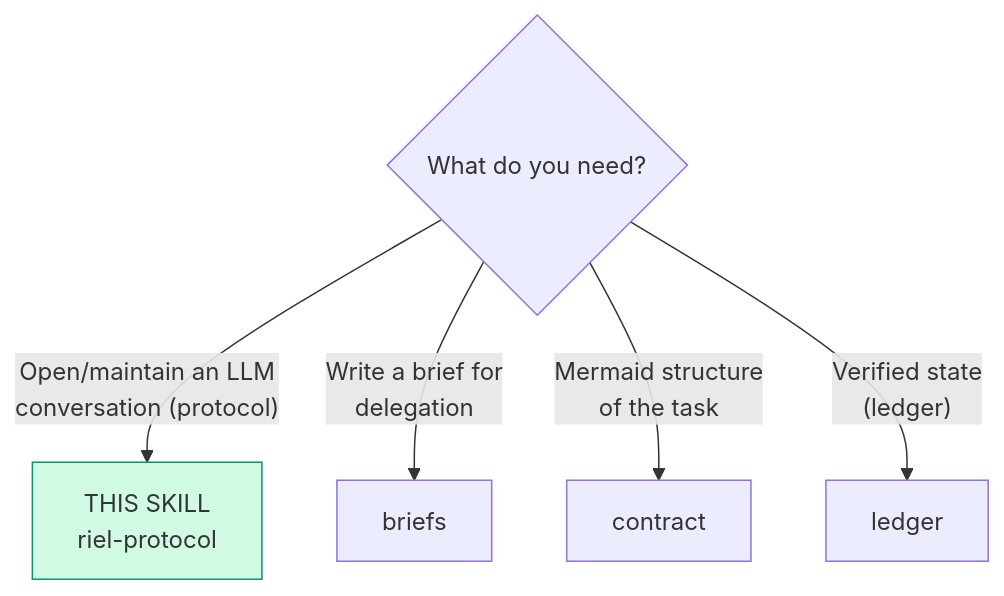
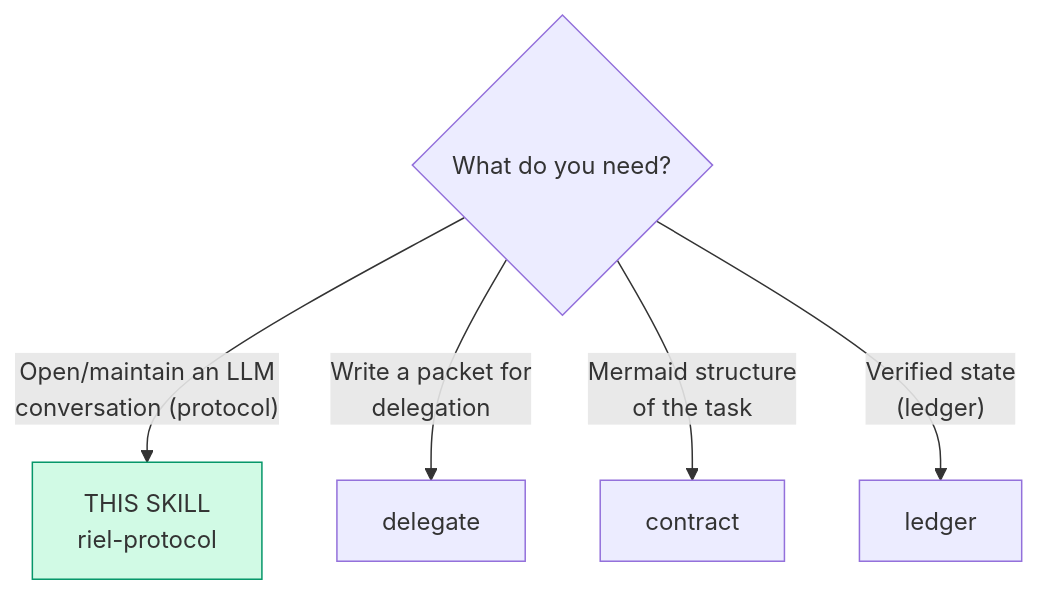
Before and after one commit to alvarolizama/riel: the diagram in hermes_plugin/riel/guide/protocol.md, drawn with Mermaid. The commit also changed other lines of this file and 12 other files, not shown here.

First line of the commit message:
refactor(guide): briefs+delegate se fusionan en delegate; shaping gana guide propio

````diff
--- a/hermes_plugin/riel/guide/protocol.md
+++ b/hermes_plugin/riel/guide/protocol.md
@@ -18,9 +18,9 @@
 ```mermaid
 flowchart TD
   Q{What do you need?} -->|"Open/maintain an LLM\nconversation (protocol)"| SELF["THIS SKILL\nriel-protocol"]
-  Q -->|"Write a brief for\ndelegation"| RB[briefs]
+  Q -->|"Write a packet for\ndelegation"| RB[delegate]
   Q -->|"Mermaid structure\nof the task"| RC[contract]
   Q -->|"Verified state\n(ledger)"| RL[ledger]
 
   style SELF fill:#d1fae5,stroke:#059669
 ```
````
